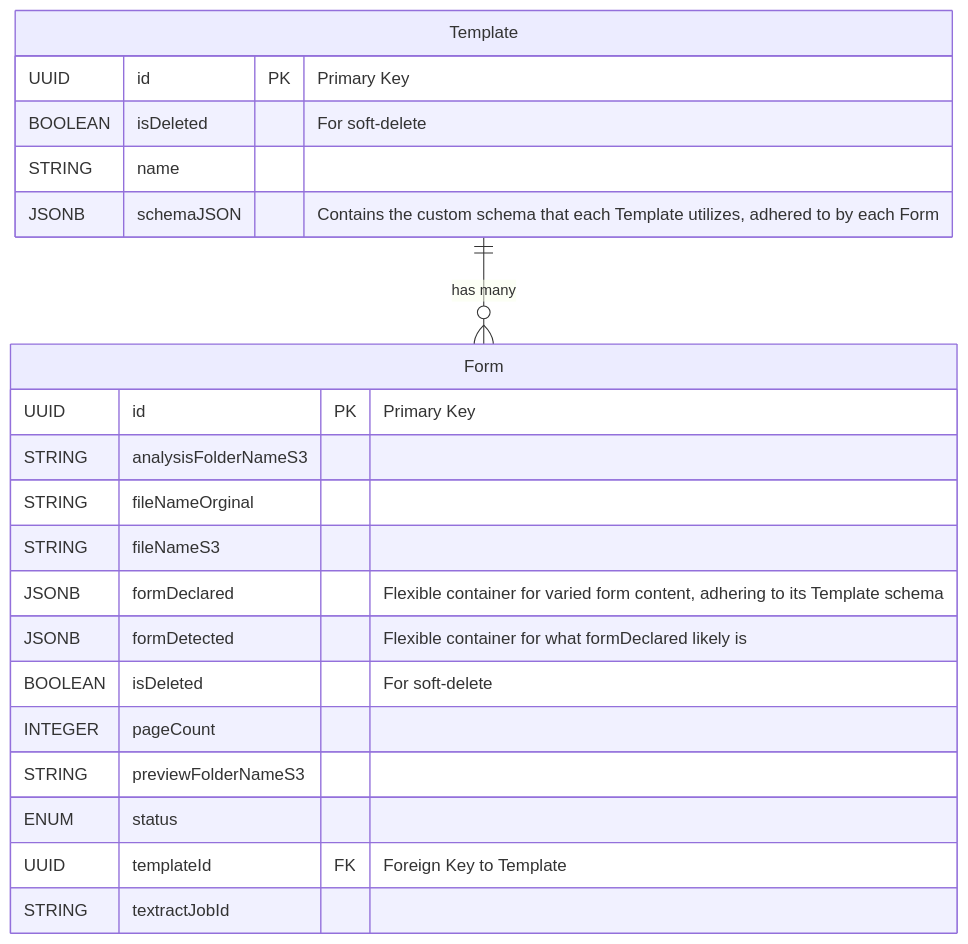
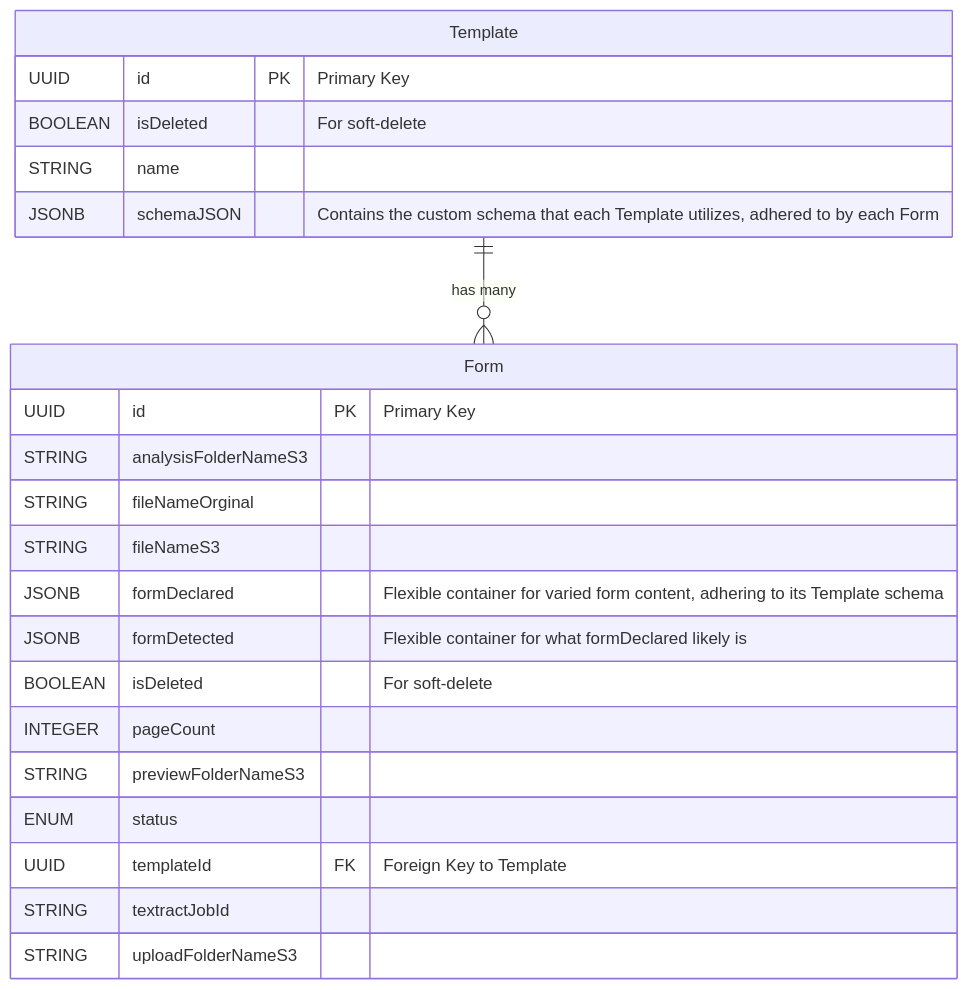
Before and after one commit to rob-mosher/form-toolbox-app: the third of 4 diagrams in README.md, drawn with Mermaid. The commit also changed 6 other files, not shown here.

First line of the commit message:
feat(api)!: extract path from fileNameS3 and place into uploadFolderNameS3

````diff
--- a/README.md
+++ b/README.md
@@ -115,26 +115,27 @@
 ```mermaid
 erDiagram
   Form {
     UUID id PK "Primary Key"
     STRING analysisFolderNameS3
     STRING fileNameOrginal
     STRING fileNameS3
     JSONB formDeclared "Flexible container for varied form content, adhering to its Template schema"
     JSONB formDetected "Flexible container for what formDeclared likely is"
     BOOLEAN isDeleted "For soft-delete"
     INTEGER pageCount
     STRING previewFolderNameS3
     ENUM status
     UUID templateId FK "Foreign Key to Template"
     STRING textractJobId
+    STRING uploadFolderNameS3
   }
 
   Template {
     UUID id PK "Primary Key"
     BOOLEAN isDeleted "For soft-delete"
     STRING name
     JSONB schemaJSON "Contains the custom schema that each Template utilizes, adhered to by each Form"
   }
 
 Template ||--o{ Form : "has many"
 ```
````
